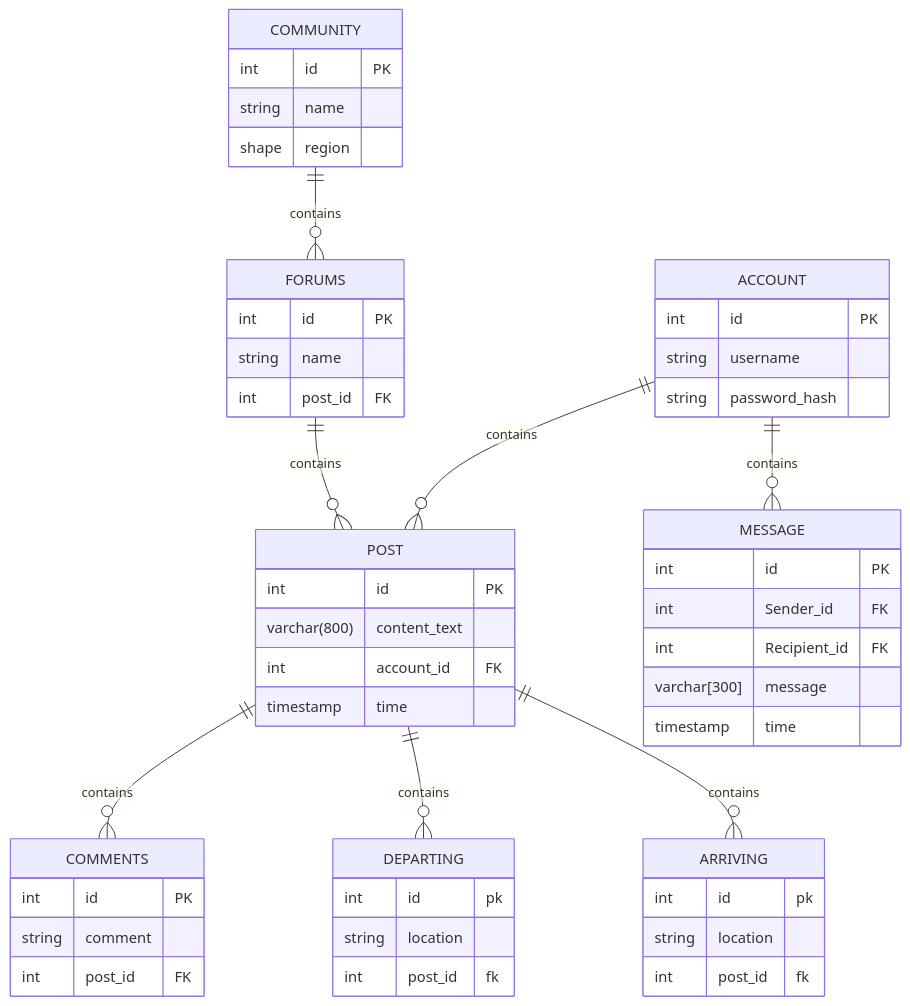
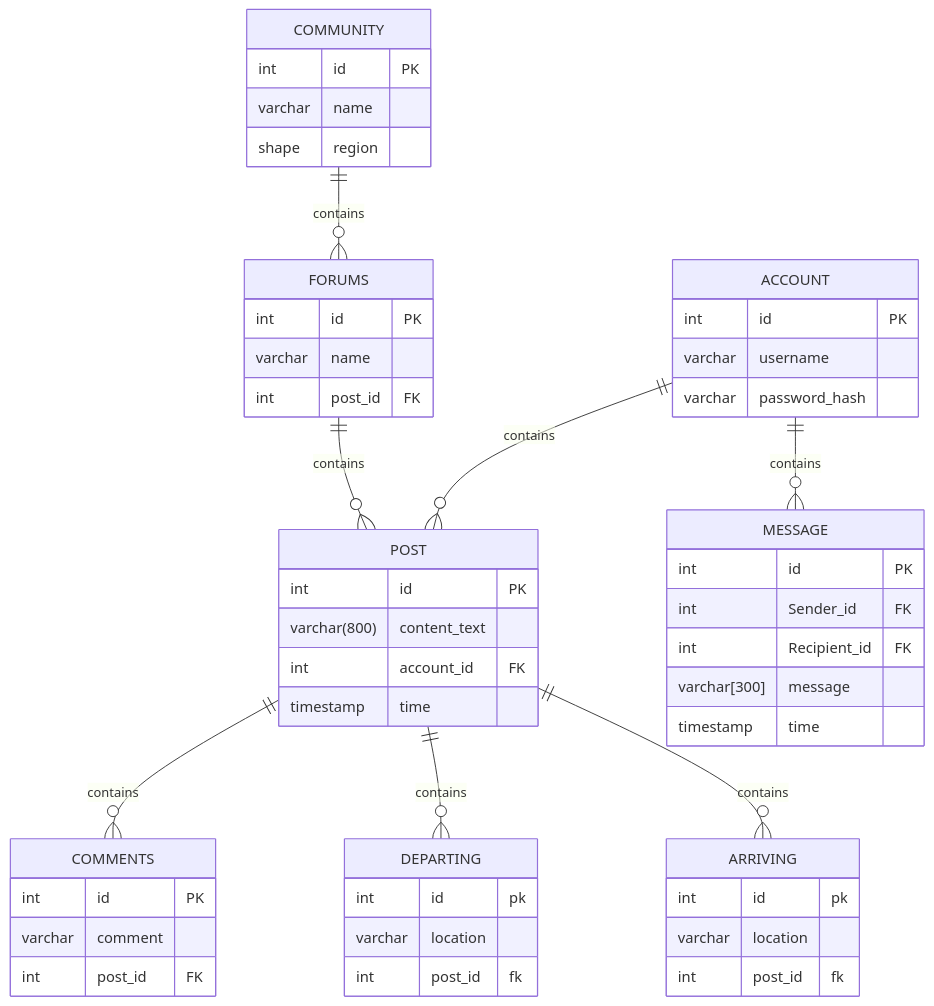
One commit to byui-cse397/2024WinCSE490PCP changed the diagram in ProjectManagement/Design/SoftwareDesignDocument.md. Above: the diagram before and after it, drawn with Mermaid.

````diff
--- a/ProjectManagement/Design/SoftwareDesignDocument.md
+++ b/ProjectManagement/Design/SoftwareDesignDocument.md
@@ -521,64 +521,64 @@
 ```mermaid
 erDiagram
     ACCOUNT {
         int id PK
-        string username
-        string password_hash
+        varchar username
+        varchar password_hash
     }
     POST {
         int id PK
         varchar(800) content_text
         int account_id FK
         timestamp time
     }
     
     ACCOUNT ||--o{ POST : contains
 
     COMMENTS {
         int id PK
-        string comment
+        varchar comment
         int post_id FK
     }
 
     POST ||--o{ COMMENTS : contains
 
     DEPARTING {
         int id pk
-        string location
+        varchar location
         int post_id fk
     }
 
     POST ||--o{ DEPARTING : contains
 
     ARRIVING {
         int id pk
-        string location
+        varchar location
         int post_id fk
     }
 
     POST ||--o{ ARRIVING : contains
 
     COMMUNITY ||--o{ FORUMS : contains
     COMMUNITY {
         int id PK
-        string name
+        varchar name
         shape region
     }
 
     FORUMS ||--o{ POST : contains
     FORUMS {
         int id PK
-        string name
+        varchar name
         int post_id FK
     }
 
      ACCOUNT ||--o{ MESSAGE: contains
     MESSAGE{
         int id PK
         int Sender_id FK
         int Recipient_id FK
         varchar[300] message
         timestamp time
     }
 
 ```
````
